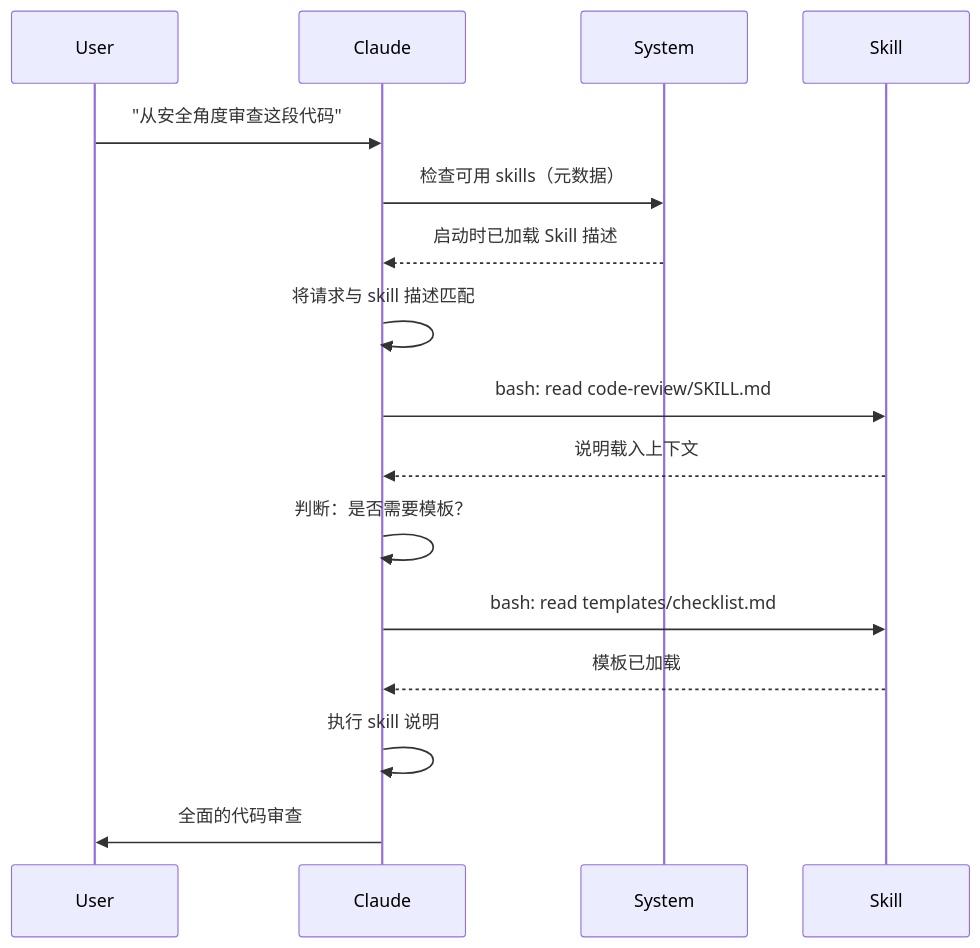
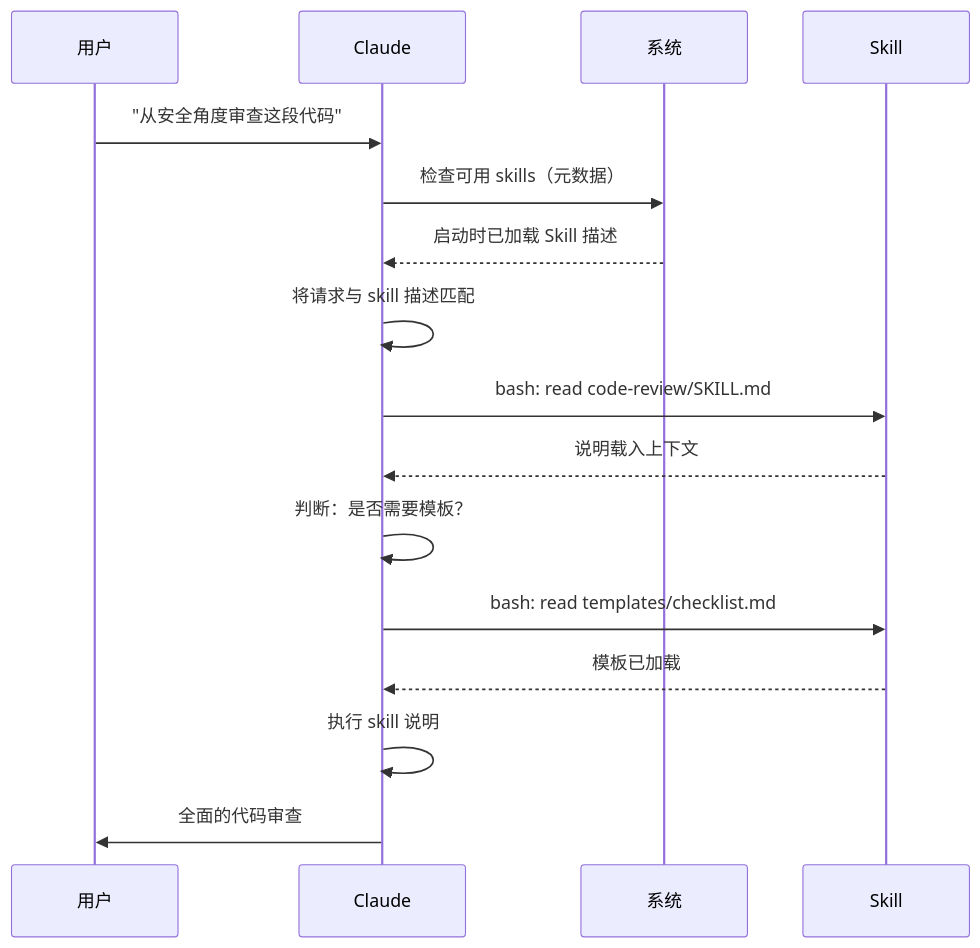
The second of 2 diagrams in 03-skills/README.md (wgqi1126/claude-howto-zh-cn), drawn with Mermaid before and after one commit. The commit also changed other lines of this file and 58 other files, not shown here.

````diff
--- a/03-skills/README.md
+++ b/03-skills/README.md
@@ -72,19 +72,19 @@
 ```mermaid
 sequenceDiagram
-    participant User
+    participant User as 用户
     participant Claude as Claude
-    participant System as System
+    participant System as 系统
     participant Skill as Skill
 
     User->>Claude: "从安全角度审查这段代码"
     Claude->>System: 检查可用 skills（元数据）
     System-->>Claude: 启动时已加载 Skill 描述
     Claude->>Claude: 将请求与 skill 描述匹配
     Claude->>Skill: bash: read code-review/SKILL.md
     Skill-->>Claude: 说明载入上下文
     Claude->>Claude: 判断：是否需要模板？
     Claude->>Skill: bash: read templates/checklist.md
     Skill-->>Claude: 模板已加载
     Claude->>Claude: 执行 skill 说明
     Claude->>User: 全面的代码审查
 ```
````
